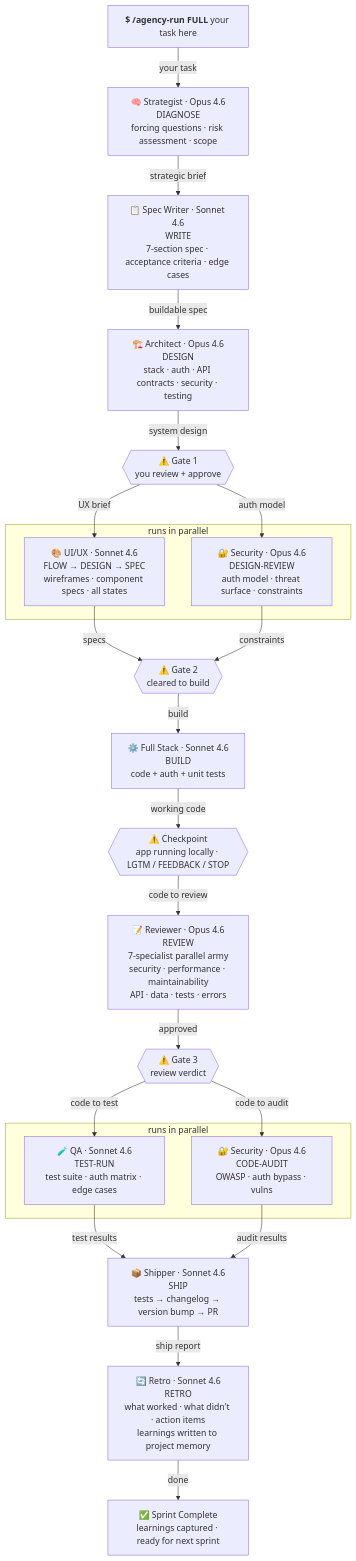
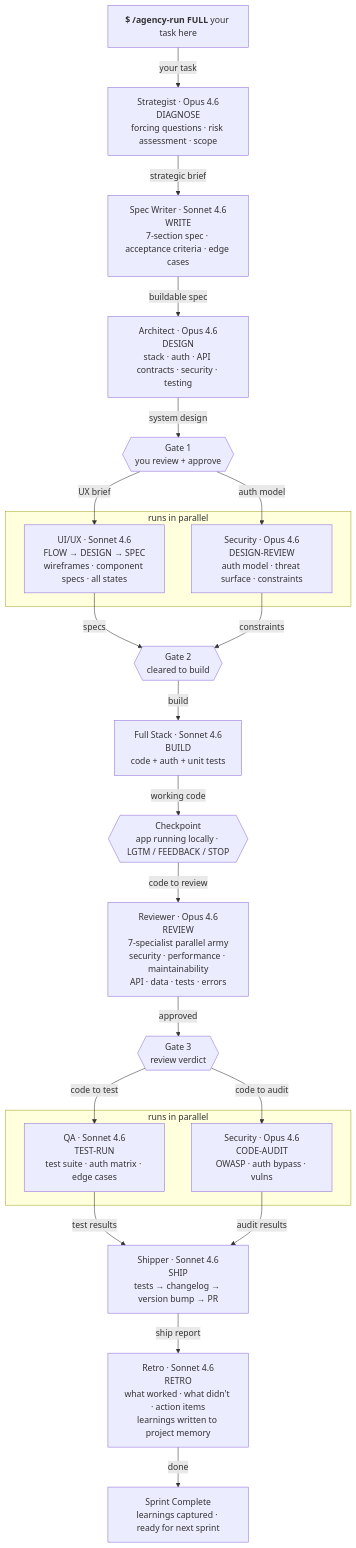
One commit to navox-labs/agents changed the diagram in README.md. Above: the diagram before and after it, drawn with Mermaid. The commit also changed other lines of this file, not shown here.

First line of the commit message:
docs: rewrite README -- founder story, gstack comparison, sprint modes

````diff
--- a/README.md
+++ b/README.md
@@ -110,69 +163,69 @@
 ```mermaid
 flowchart TD
     CLI["`**$ /agency-run FULL** your task here`"]
 
     CLI -->|your task| STRAT
 
-    STRAT["🧠 Strategist · Opus 4.6\nDIAGNOSE\nforcing questions · risk assessment · scope"]
+    STRAT["Strategist · Opus 4.6\nDIAGNOSE\nforcing questions · risk assessment · scope"]
 
     STRAT -->|strategic brief| SPEC
 
-    SPEC["📋 Spec Writer · Sonnet 4.6\nWRITE\n7-section spec · acceptance criteria · edge cases"]
+    SPEC["Spec Writer · Sonnet 4.6\nWRITE\n7-section spec · acceptance criteria · edge cases"]
 
     SPEC -->|buildable spec| ARCH
 
-    ARCH["🏗️ Architect · Opus 4.6\nDESIGN\nstack · auth · API contracts · security · testing"]
+    ARCH["Architect · Opus 4.6\nDESIGN\nstack · auth · API contracts · security · testing"]
 
     ARCH -->|system design| G1
 
-    G1{{"⚠️ Gate 1\nyou review + approve"}}
+    G1{{"Gate 1\nyou review + approve"}}
 
     G1 -->|UX brief| UX
     G1 -->|auth model| SEC1
 
     subgraph PARALLEL1 ["runs in parallel"]
-        UX["🎨 UI/UX · Sonnet 4.6\nFLOW → DESIGN → SPEC\nwireframes · component specs · all states"]
-        SEC1["🔐 Security · Opus 4.6\nDESIGN-REVIEW\nauth model · threat surface · constraints"]
+        UX["UI/UX · Sonnet 4.6\nFLOW → DESIGN → SPEC\nwireframes · component specs · all states"]
+        SEC1["Security · Opus 4.6\nDESIGN-REVIEW\nauth model · threat surface · constraints"]
     end
 
     UX -->|specs| G2
     SEC1 -->|constraints| G2
 
-    G2{{"⚠️ Gate 2\ncleared to build"}}
+    G2{{"Gate 2\ncleared to build"}}
 
     G2 -->|build| FS
 
-    FS["⚙️ Full Stack · Sonnet 4.6\nBUILD\ncode + auth + unit tests"]
+    FS["Full Stack · Sonnet 4.6\nBUILD\ncode + auth + unit tests"]
 
     FS -->|working code| CP
-    CP{{"⚠️ Checkpoint\napp running locally · LGTM / FEEDBACK / STOP"}}
+    CP{{"Checkpoint\napp running locally · LGTM / FEEDBACK / STOP"}}
 
     CP -->|code to review| REV
 
-    REV["📝 Reviewer · Opus 4.6\nREVIEW\n7-specialist parallel army\nsecurity · performance · maintainability\nAPI · data · tests · errors"]
+    REV["Reviewer · Opus 4.6\nREVIEW\n7-specialist parallel army\nsecurity · performance · maintainability\nAPI · data · tests · errors"]
 
     REV -->|approved| G3
 
-    G3{{"⚠️ Gate 3\nreview verdict"}}
+    G3{{"Gate 3\nreview verdict"}}
 
     G3 -->|code to test| QA
     G3 -->|code to audit| SEC2
 
     subgraph PARALLEL2 ["runs in parallel"]
-        QA["🧪 QA · Sonnet 4.6\nTEST-RUN\ntest suite · auth matrix · edge cases"]
-        SEC2["🔐 Security · Opus 4.6\nCODE-AUDIT\nOWASP · auth bypass · vulns"]
+        QA["QA · Sonnet 4.6\nTEST-RUN\ntest suite · auth matrix · edge cases"]
+        SEC2["Security · Opus 4.6\nCODE-AUDIT\nOWASP · auth bypass · vulns"]
     end
 
     QA -->|test results| SHIPPER
     SEC2 -->|audit results| SHIPPER
 
-    SHIPPER["📦 Shipper · Sonnet 4.6\nSHIP\ntests → changelog → version bump → PR"]
+    SHIPPER["Shipper · Sonnet 4.6\nSHIP\ntests → changelog → version bump → PR"]
 
     SHIPPER -->|ship report| RETRO
 
-    RETRO["🔄 Retro · Sonnet 4.6\nRETRO\nwhat worked · what didn't · action items\nlearnings written to project memory"]
+    RETRO["Retro · Sonnet 4.6\nRETRO\nwhat worked · what didn't · action items\nlearnings written to project memory"]
 
     RETRO -->|done| DONE
 
-    DONE["✅ Sprint Complete\nlearnings captured · ready for next sprint"]
+    DONE["Sprint Complete\nlearnings captured · ready for next sprint"]
 ```
````
